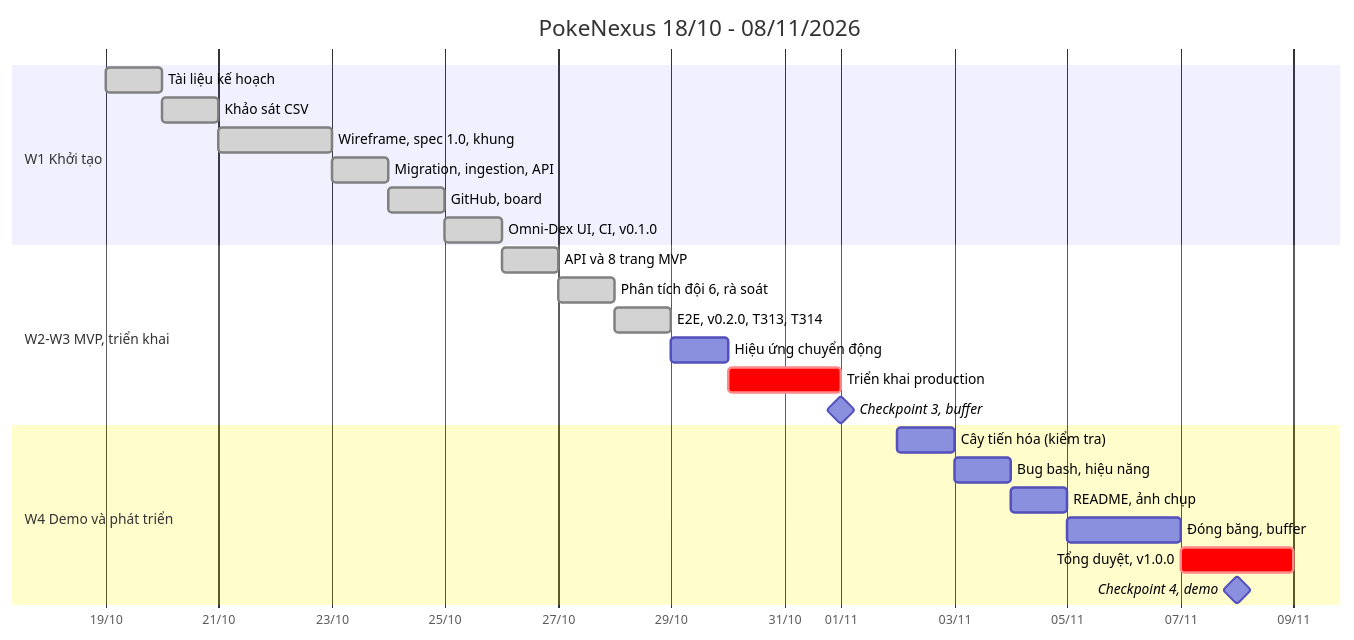
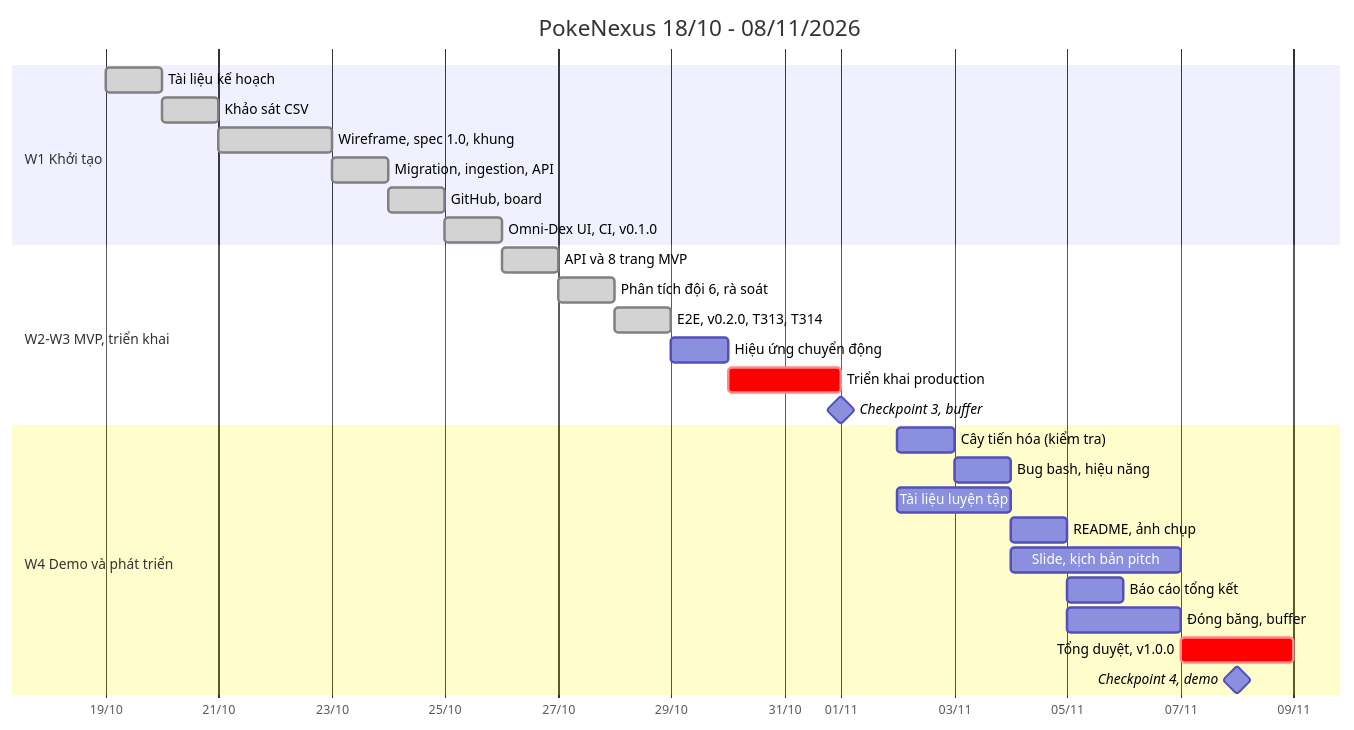
One commit to Nha-Cong-Dong/PokeNexus changed the diagram in docs/roadmap.md. Above: the diagram before and after it, drawn with Mermaid. The commit also changed other lines of this file and 5 other files, not shown here.

````diff
--- a/docs/roadmap.md
+++ b/docs/roadmap.md
@@ -45,27 +47,30 @@
 ```mermaid
 gantt
     title PokeNexus 18/10 - 08/11/2026
     dateFormat YYYY-MM-DD
     axisFormat %d/%m
     section W1 Khởi tạo
     Tài liệu kế hoạch            :done, t101, 2026-10-19, 1d
     Khảo sát CSV                 :done, t102, 2026-10-20, 1d
     Wireframe, spec 1.0, khung   :done, t103, 2026-10-21, 2d
     Migration, ingestion, API    :done, t204, 2026-10-23, 1d
     GitHub, board                :done, t104, 2026-10-24, 1d
     Omni-Dex UI, CI, v0.1.0      :done, t209, 2026-10-25, 1d
     section W2-W3 MVP, triển khai
     API và 8 trang MVP           :done, t302, 2026-10-26, 1d
     Phân tích đội 6, rà soát     :done, t309, 2026-10-27, 1d
     E2E, v0.2.0, T313, T314      :done, t310, 2026-10-28, 1d
     Hiệu ứng chuyển động         :t315, 2026-10-29, 1d
     Triển khai production        :crit, t403, 2026-10-30, 2d
     Checkpoint 3, buffer         :milestone, cp3, 2026-11-01, 0d
     section W4 Demo và phát triển
     Cây tiến hóa (kiểm tra)      :t401, 2026-11-02, 1d
     Bug bash, hiệu năng          :t404, 2026-11-03, 1d
+    Tài liệu luyện tập           :t414, 2026-11-02, 2d
     README, ảnh chụp             :t405, 2026-11-04, 1d
+    Slide, kịch bản pitch        :t406, 2026-11-04, 3d
+    Báo cáo tổng kết             :t413, 2026-11-05, 1d
     Đóng băng, buffer            :buf3, 2026-11-05, 2d
     Tổng duyệt, v1.0.0           :crit, t407, 2026-11-07, 2d
     Checkpoint 4, demo           :milestone, cp4, 2026-11-08, 0d
 ```
````
